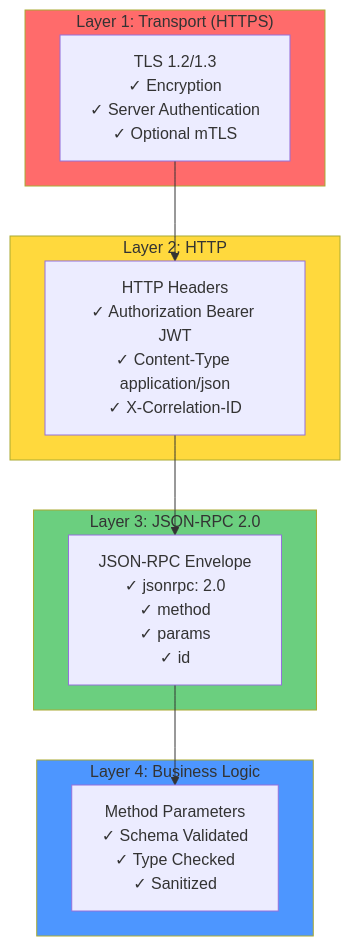
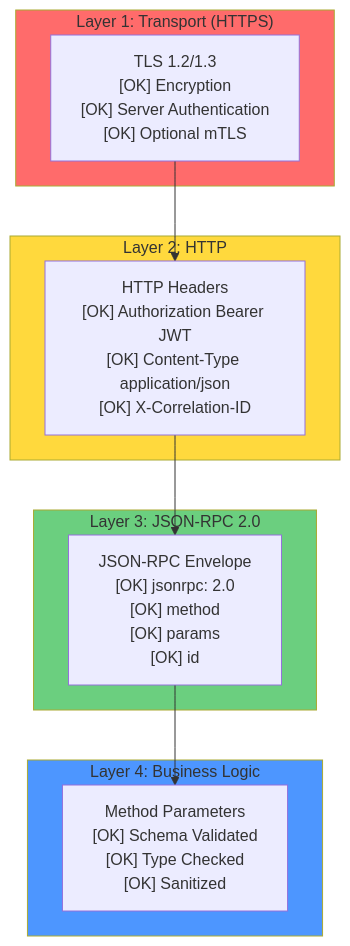
One commit to jaafar-benabderrazak/ca_a2a changed the ninth of 14 diagrams in A2A_SECURITY_ARCHITECTURE.md. Above: the diagram before and after it, drawn with Mermaid. The commit also changed other lines of this file, not shown here.

First line of the commit message:
Fix Mermaid diagrams for GitHub compatibility

````diff
--- a/A2A_SECURITY_ARCHITECTURE.md
+++ b/A2A_SECURITY_ARCHITECTURE.md
@@ -942,27 +942,27 @@
 ```mermaid
 graph TB
     subgraph Layer_1["Layer 1: Transport (HTTPS)"]
-        TLS[TLS 1.2/1.3<br/>✓ Encryption<br/>✓ Server Authentication<br/>✓ Optional mTLS]
+        TLS["TLS 1.2/1.3<br/>[OK] Encryption<br/>[OK] Server Authentication<br/>[OK] Optional mTLS"]
     end
     
     subgraph Layer_2["Layer 2: HTTP"]
-        Headers[HTTP Headers<br/>✓ Authorization Bearer JWT<br/>✓ Content-Type application/json<br/>✓ X-Correlation-ID]
+        Headers["HTTP Headers<br/>[OK] Authorization Bearer JWT<br/>[OK] Content-Type application/json<br/>[OK] X-Correlation-ID"]
     end
     
     subgraph Layer_3["Layer 3: JSON-RPC 2.0"]
-        JSONRPC[JSON-RPC Envelope<br/>✓ jsonrpc: 2.0<br/>✓ method<br/>✓ params<br/>✓ id]
+        JSONRPC["JSON-RPC Envelope<br/>[OK] jsonrpc: 2.0<br/>[OK] method<br/>[OK] params<br/>[OK] id"]
     end
     
     subgraph Layer_4["Layer 4: Business Logic"]
-        Params[Method Parameters<br/>✓ Schema Validated<br/>✓ Type Checked<br/>✓ Sanitized]
+        Params["Method Parameters<br/>[OK] Schema Validated<br/>[OK] Type Checked<br/>[OK] Sanitized"]
     end
     
     TLS --> Headers
     Headers --> JSONRPC
     JSONRPC --> Params
     
     style Layer_1 fill:#ff6b6b
     style Layer_2 fill:#ffd93d
     style Layer_3 fill:#6bcf7f
     style Layer_4 fill:#4d96ff
 ```
````
